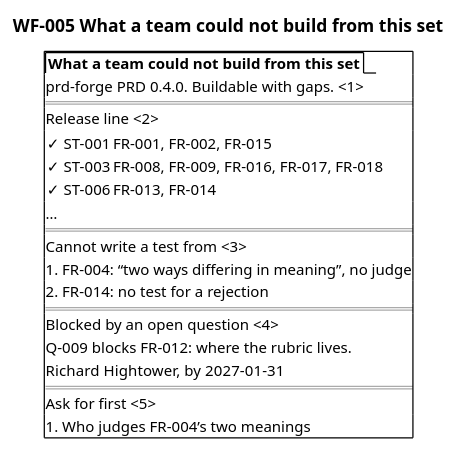
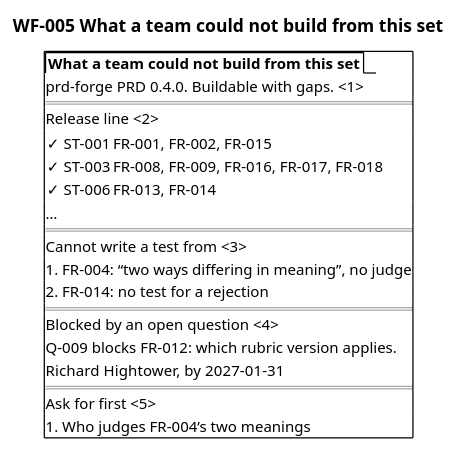
Before and after one commit to SpillwaveSolutions/prd-forge: the diagram in docs/prd/prd-forge/diagrams/WF-005.puml, drawn with PlantUML. The commit also changed 59 other files, not shown here.

```diff
--- a/docs/prd/prd-forge/diagrams/WF-005.puml
+++ b/docs/prd/prd-forge/diagrams/WF-005.puml
@@ -1,26 +1,26 @@
 @startsalt
 title WF-005 What a team could not build from this set
 {+
   {/ <b>What a team could not build from this set</b> }
   prd-forge PRD 0.4.0. Buildable with gaps. <1>
   ==
   Release line <2>
   {
     ✓ ST-001 | FR-001, FR-002, FR-015
     ✓ ST-003 | FR-008, FR-009, FR-016, FR-017, FR-018
     ✓ ST-006 | FR-013, FR-014
   }
   …
   ==
   Cannot write a test from <3>
   1. FR-004: “two ways differing in meaning”, no judge
   2. FR-014: no test for a rejection
   ==
   Blocked by an open question <4>
-  Q-009 blocks FR-012: where the rubric lives.
+  Q-009 blocks FR-012: which rubric version applies.
   Richard Hightower, by 2027-01-31
   ==
   Ask for first <5>
   1. Who judges FR-004’s two meanings
 }
 @endsalt
```
